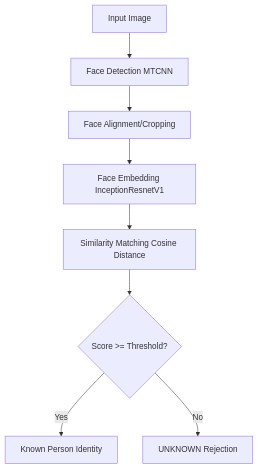
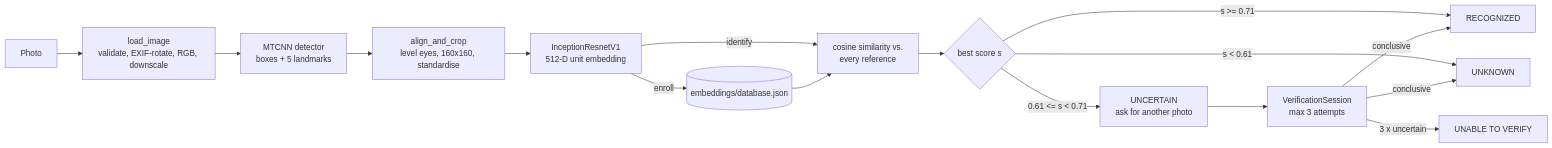
The diagram in README.md (Bhoomika7444/Face_Detection), drawn with Mermaid before and after one commit. The commit also changed other lines of this file and 38 other files, not shown here.

Commit message:
Add UNCERTAIN re-verification, calibrated thresholds, evaluation, tests and docs

````diff
--- a/README.md
+++ b/README.md
@@ -18,10 +44,18 @@
 ```mermaid
-graph TD
-    A[Input Image] --> B[Face Detection MTCNN]
-    B --> C[Face Alignment/Cropping]
-    C --> D[Face Embedding InceptionResnetV1]
-    D --> E[Similarity Matching Cosine Distance]
-    E --> F{Score >= Threshold?}
-    F -- Yes --> G[Known Person Identity]
-    F -- No --> H[UNKNOWN Rejection]
+flowchart LR
+    A[Photo] --> B[load_image<br/>validate, EXIF-rotate, RGB, downscale]
+    B --> C[MTCNN detector<br/>boxes + 5 landmarks]
+    C --> D[align_and_crop<br/>level eyes, 160x160, standardise]
+    D --> E[InceptionResnetV1<br/>512-D unit embedding]
+    E -->|enroll| F[(embeddings/database.json)]
+    E -->|identify| G[cosine similarity vs.<br/>every reference]
+    F --> G
+    G --> H{best score s}
+    H -->|s >= 0.71| R[RECOGNIZED]
+    H -->|0.61 <= s < 0.71| U[UNCERTAIN<br/>ask for another photo]
+    H -->|s < 0.61| K[UNKNOWN]
+    U --> V[VerificationSession<br/>max 3 attempts]
+    V -->|conclusive| R
+    V -->|conclusive| K
+    V -->|3 x uncertain| X[UNABLE TO VERIFY]
 ```
````
